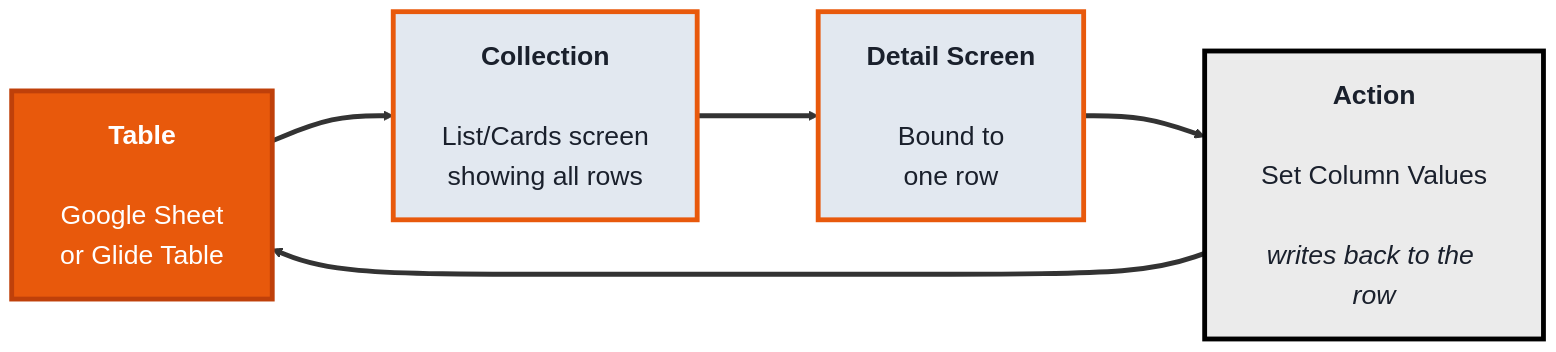
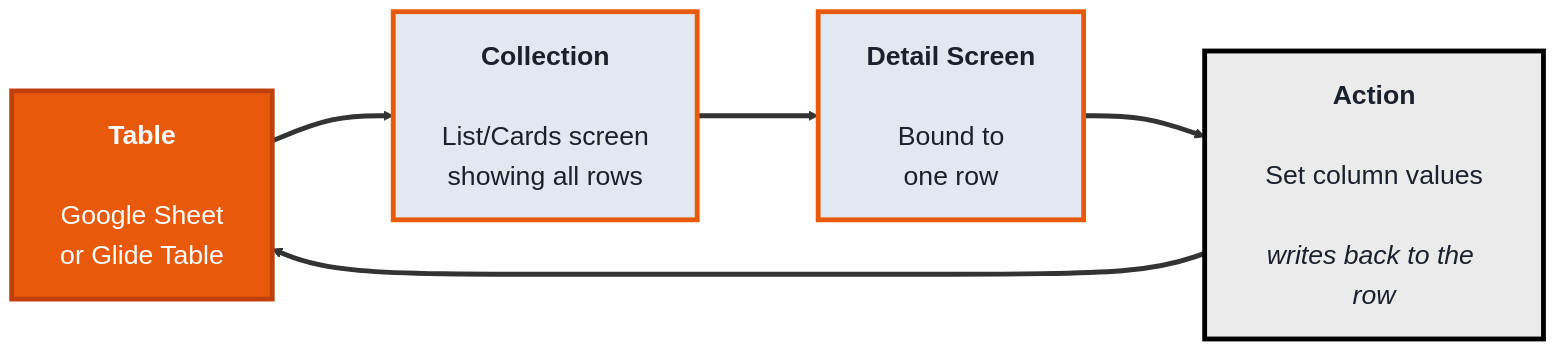
The second of 4 diagrams in src/Pages/courses/TechArchs/internal-apps-beginner-course.md (SHEMODELTECH/shemodeltech), drawn with Mermaid before and after one commit. The commit also changed other lines of this file and 53 other files, not shown here.

````diff
--- a/src/Pages/courses/TechArchs/internal-apps-beginner-course.md
+++ b/src/Pages/courses/TechArchs/internal-apps-beginner-course.md
@@ -79,16 +87,16 @@
 ```mermaid
 %%{init: {'theme':'base', 'themeVariables': {'fontSize':'22px', 'primaryTextColor':'#1a202c', 'primaryBorderColor':'#e8590c', 'lineColor':'#333333'}, 'flowchart': {'nodeSpacing': 70, 'rankSpacing': 100, 'padding': 20}}}%%
 flowchart LR
     T["<b>Table</b><br/><br/>Google Sheet<br/>or Glide Table"]
     CO["<b>Collection</b><br/><br/>List/Cards screen<br/>showing all rows"]
     DT["<b>Detail Screen</b><br/><br/>Bound to<br/>one row"]
-    AB["<b>Action</b><br/><br/>Set Column Values<br/><br/><i>writes back to the row</i>"]
+    AB["<b>Action</b><br/><br/>Set column values<br/><br/><i>writes back to the row</i>"]
 
     T ==> CO ==> DT ==> AB ==> T
 
     style T fill:#e8590c,color:#fff,stroke:#bf400a,stroke-width:4px
     style CO fill:#e2e8f0,color:#1a202c,stroke:#e8590c,stroke-width:4px
     style DT fill:#e2e8f0,color:#1a202c,stroke:#e8590c,stroke-width:4px
     style AB fill:#EBEBEB,color:#1a202c,stroke:#000000,stroke-width:4px
     linkStyle default stroke-width:4px,stroke:#333333
 ```
````
